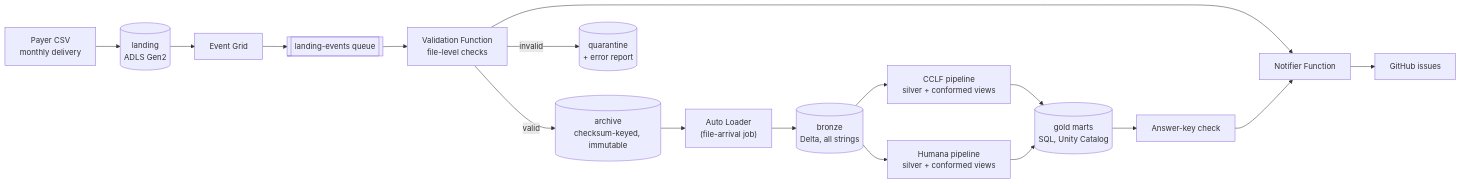
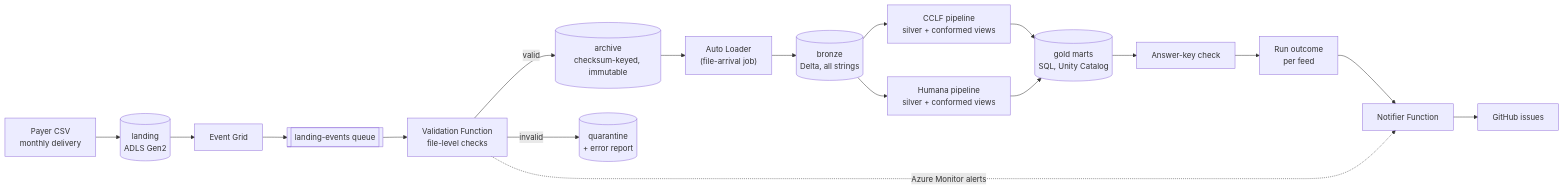
Before and after one commit to fredr171/claims-lakehouse-databricks-azure: the diagram in README.md, drawn with Mermaid. The commit also changed other lines of this file and 1 other file, not shown here.

Commit message:
Document the notifier and the phase 3 results

````diff
--- a/README.md
+++ b/README.md
@@ -31,14 +34,15 @@
 ```mermaid
 flowchart LR
     payer["Payer CSV<br/>monthly delivery"] --> landing[("landing<br/>ADLS Gen2")]
     landing --> eg["Event Grid"] --> q[["landing-events queue"]] --> fn["Validation Function<br/>file-level checks"]
     fn -->|valid| archive[("archive<br/>checksum-keyed, immutable")]
     fn -->|invalid| quarantine[("quarantine<br/>+ error report")]
     archive --> al["Auto Loader<br/>(file-arrival job)"] --> bronze[("bronze<br/>Delta, all strings")]
     bronze --> cms["CCLF pipeline<br/>silver + conformed views"]
     bronze --> hum["Humana pipeline<br/>silver + conformed views"]
     cms --> gold[("gold marts<br/>SQL, Unity Catalog")]
     hum --> gold
-    gold --> check["Answer-key check"]
-    fn & check --> notifier["Notifier Function"] --> issues["GitHub issues"]
+    gold --> check["Answer-key check"] --> outcome["Run outcome<br/>per feed"]
+    outcome --> notifier["Notifier Function"] --> issues["GitHub issues"]
+    fn -.->|"Azure Monitor alerts"| notifier
 ```
````
